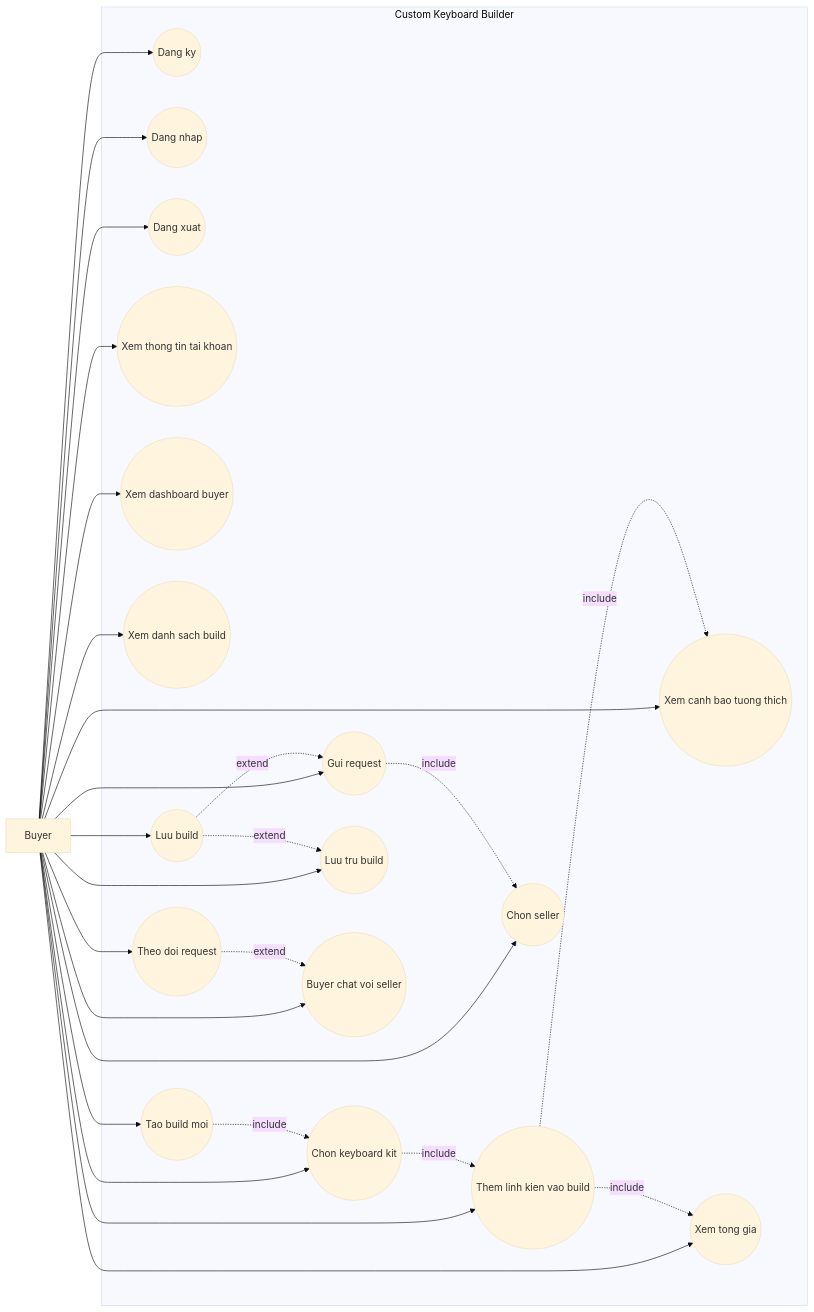
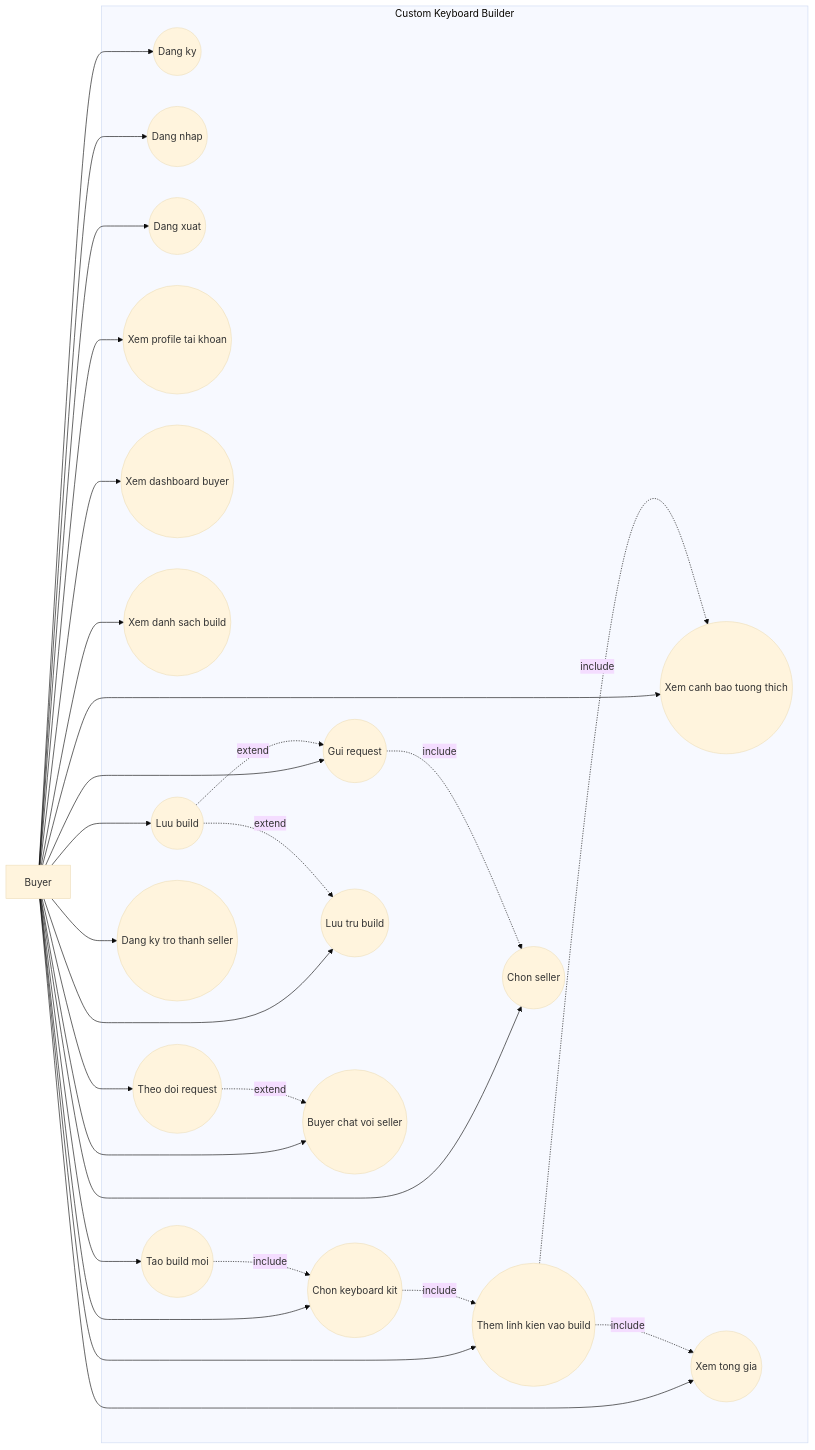
Before and after one commit to froynar/Custom_keyboard: the first of 3 diagrams in Documents_Refactor/Custom_Keyboard_Use_Cases_Refactor.md, drawn with Mermaid (base theme). The commit also changed other lines of this file and 81 other files, not shown here.

````diff
--- a/Documents_Refactor/Custom_Keyboard_Use_Cases_Refactor.md
+++ b/Documents_Refactor/Custom_Keyboard_Use_Cases_Refactor.md
@@ -13,52 +13,54 @@
 ```mermaid
 flowchart LR
     Buyer["Buyer"]
 
     subgraph System["Custom Keyboard Builder"]
         UC11(("Dang ky"))
         UC12(("Dang nhap"))
         UC13(("Dang xuat"))
-        UC14(("Xem thong tin tai khoan"))
+        UC14(("Xem profile tai khoan"))
 
         UC21(("Xem dashboard buyer"))
         UC22(("Xem danh sach build"))
         UC23(("Tao build moi"))
         UC24(("Chon keyboard kit"))
         UC25(("Them linh kien vao build"))
         UC26(("Xem canh bao tuong thich"))
         UC27(("Xem tong gia"))
         UC28(("Luu build"))
         UC29(("Chon seller"))
         UC210(("Gui request"))
         UC211(("Theo doi request"))
         UC212(("Luu tru build"))
+        UC213(("Dang ky tro thanh seller"))
         UC51(("Buyer chat voi seller"))
     end
 
     Buyer --> UC11
     Buyer --> UC12
     Buyer --> UC13
     Buyer --> UC14
     Buyer --> UC21
     Buyer --> UC22
     Buyer --> UC23
     Buyer --> UC24
     Buyer --> UC25
     Buyer --> UC26
     Buyer --> UC27
     Buyer --> UC28
     Buyer --> UC29
     Buyer --> UC210
     Buyer --> UC211
     Buyer --> UC212
+    Buyer --> UC213
     Buyer --> UC51
 
     UC23 -. include .-> UC24
     UC24 -. include .-> UC25
     UC25 -. include .-> UC26
     UC25 -. include .-> UC27
     UC28 -. extend .-> UC210
     UC28 -. extend .-> UC212
     UC210 -. include .-> UC29
     UC211 -. extend .-> UC51
 ```
````
